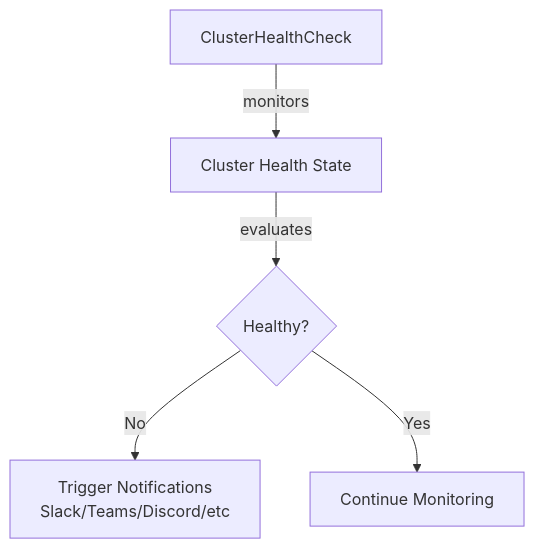
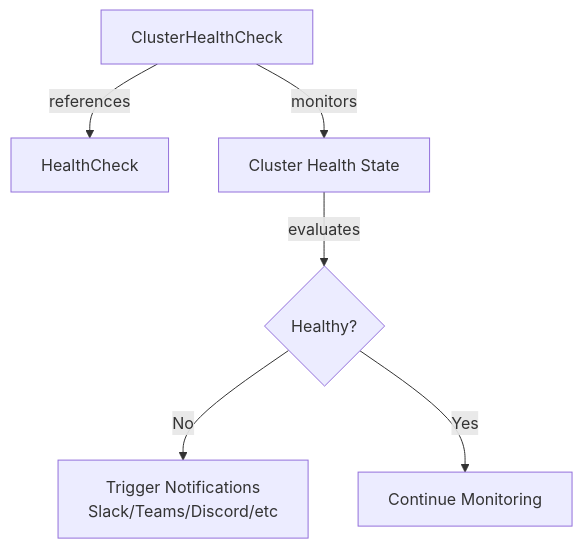
The sixth of 10 diagrams in docs/internals/cr-ownership.md (projectsveltos/sveltos), drawn with Mermaid before and after one commit. The commit also changed other lines of this file, not shown here.

````diff
--- a/docs/internals/cr-ownership.md
+++ b/docs/internals/cr-ownership.md
@@ -451,7 +324,8 @@
 ```mermaid
 graph TB
-    A[ClusterHealthCheck] -->|monitors| B[Cluster Health State]
+    A[ClusterHealthCheck] -->|references| HC[HealthCheck]
+    A -->|monitors| B[Cluster Health State]
     B -->|evaluates| C{Healthy?}
     C -->|No| D[Trigger Notifications<br/>Slack/Teams/Discord/etc]
     C -->|Yes| E[Continue Monitoring]
 ```
````
